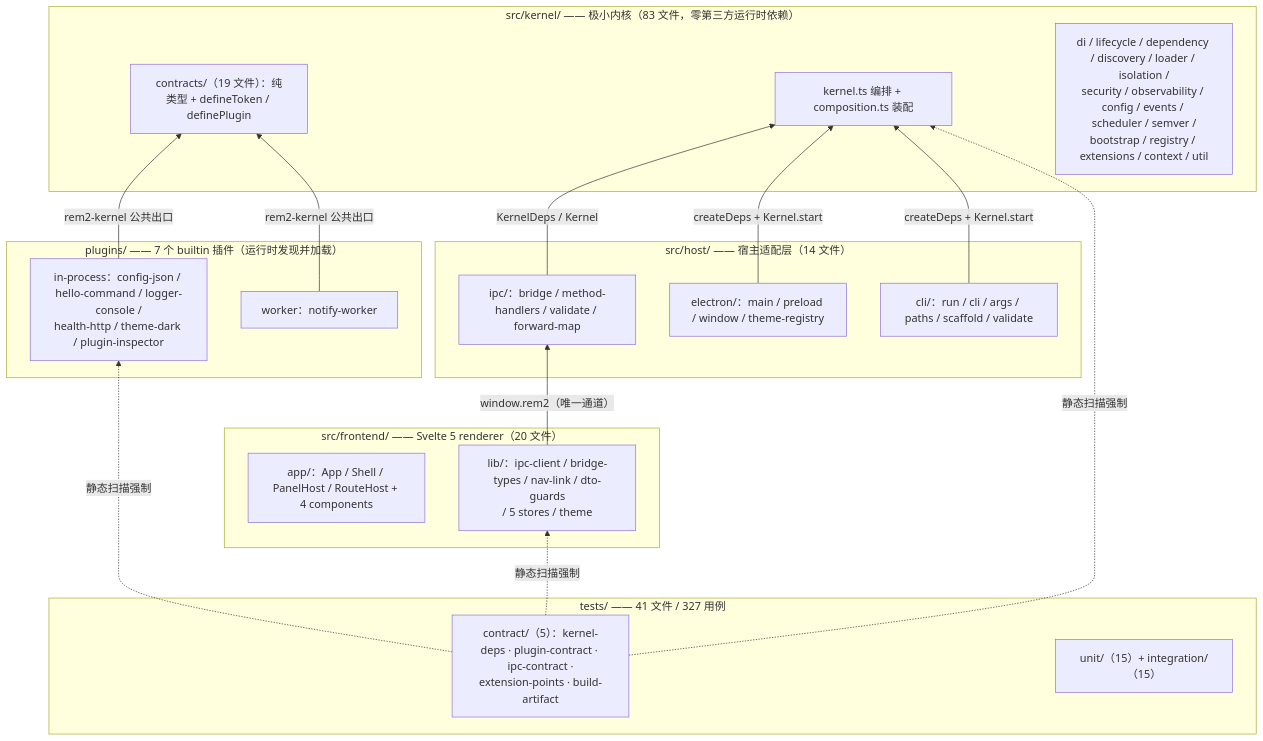
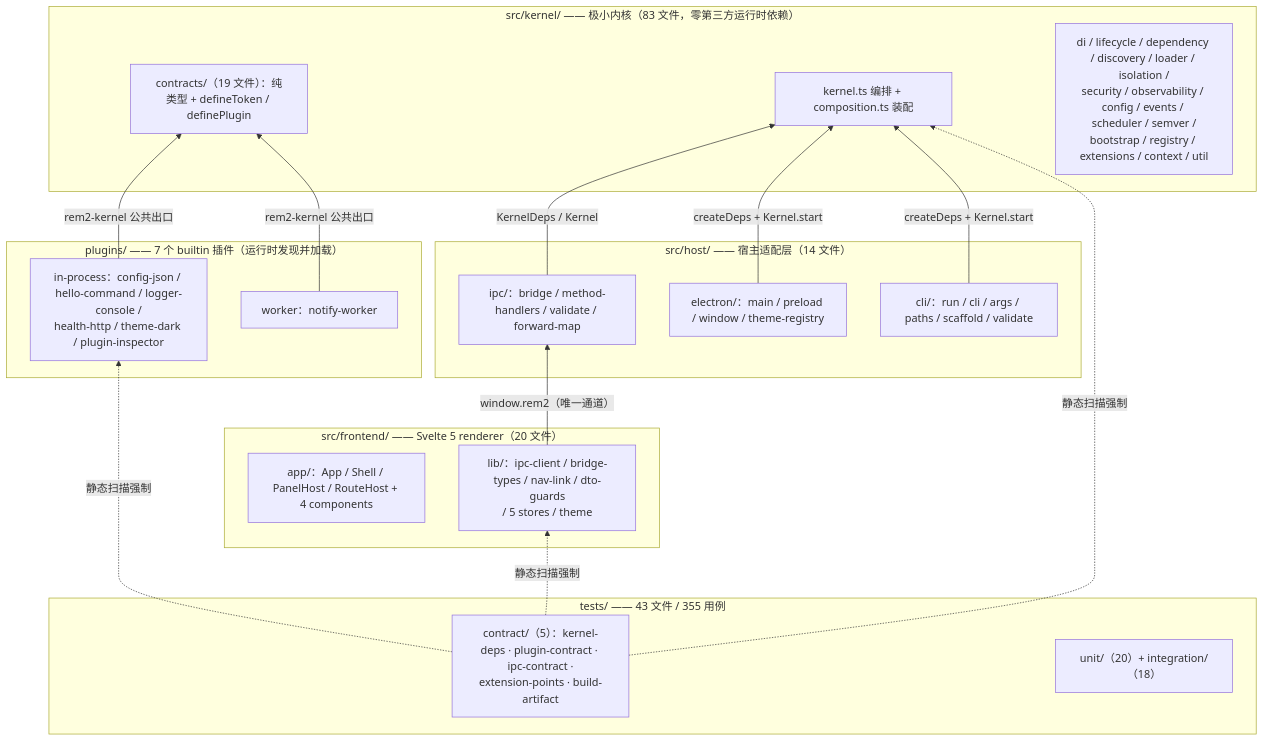
One commit to kino14910/REM2 changed the first of 5 diagrams in docs/01-architecture-overview.md. Above: the diagram before and after it, drawn with Mermaid. The commit also changed other lines of this file and 14 other files, not shown here.

````diff
--- a/docs/01-architecture-overview.md
+++ b/docs/01-architecture-overview.md
@@ -19,39 +19,39 @@
 ```mermaid
 graph BT
     subgraph L1["plugins/ —— 7 个 builtin 插件（运行时发现并加载）"]
         PA["in-process：config-json / hello-command / logger-console /<br/>health-http / theme-dark / plugin-inspector"]
         PB["worker：notify-worker"]
     end
 
     subgraph L2["src/frontend/ —— Svelte 5 renderer（20 文件）"]
         FA["app/：App / Shell / PanelHost / RouteHost + 4 components"]
         FB["lib/：ipc-client / bridge-types / nav-link / dto-guards<br/>/ 5 stores / theme"]
     end
 
     subgraph L3["src/host/ —— 宿主适配层（14 文件）"]
         HA["electron/：main / preload / window / theme-registry"]
         HB["ipc/：bridge / method-handlers / validate / forward-map"]
         HC["cli/：run / cli / args / paths / scaffold / validate"]
     end
 
     subgraph L4["src/kernel/ —— 极小内核（83 文件，零第三方运行时依赖）"]
         KA["contracts/（19 文件）：纯类型 + defineToken / definePlugin"]
         KB["kernel.ts 编排 + composition.ts 装配"]
         KC["di / lifecycle / dependency / discovery / loader / isolation /<br/>security / observability / config / events / scheduler / semver /<br/>bootstrap / registry / extensions / context / util"]
     end
 
-    subgraph L5["tests/ —— 41 文件 / 327 用例"]
+    subgraph L5["tests/ —— 43 文件 / 355 用例"]
         TA["contract/（5）：kernel-deps · plugin-contract · ipc-contract ·<br/>extension-points · build-artifact"]
-        TB["unit/（15）+ integration/（15）"]
+        TB["unit/（20）+ integration/（18）"]
     end
 
     FB -->|"window.rem2（唯一通道）"| HB
     HB -->|"KernelDeps / Kernel"| KB
     HA -->|"createDeps + Kernel.start"| KB
     HC -->|"createDeps + Kernel.start"| KB
     PA -->|"rem2-kernel 公共出口"| KA
     PB -->|"rem2-kernel 公共出口"| KA
     TA -.->|"静态扫描强制"| KB
     TA -.->|"静态扫描强制"| FB
     TA -.->|"静态扫描强制"| PA
 ```
````
